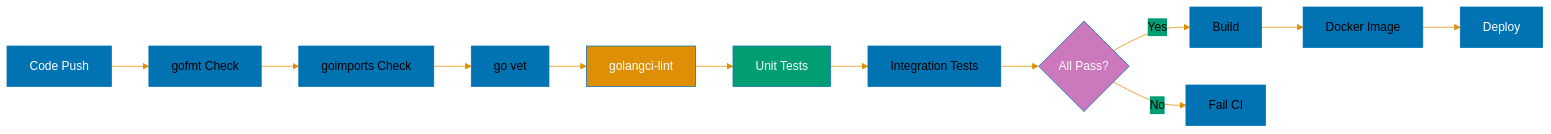
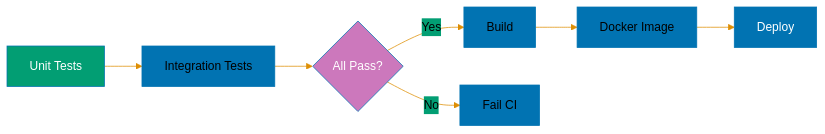
The sixth of 7 diagrams in docs/explanation/software-engineering/programming-languages/golang/code-quality-standards.md (wahidyankf/open-sharia-enterprise), drawn with Mermaid before and after one commit. The commit also changed other lines of this file and 11 other files, not shown here.

First line of the commit message:
fix(docs): fix mermaid violations in golang docs

````diff
--- a/docs/explanation/software-engineering/programming-languages/golang/code-quality-standards.md
+++ b/docs/explanation/software-engineering/programming-languages/golang/code-quality-standards.md
@@ -1416,23 +1424,14 @@
 ```mermaid
 %%{init: {'theme':'base', 'themeVariables': { 'primaryColor':'#0173B2','primaryTextColor':'#000','primaryBorderColor':'#0173B2','lineColor':'#DE8F05','secondaryColor':'#029E73','tertiaryColor':'#CC78BC','fontSize':'16px'}}}%%
 flowchart LR
-    A[Code Push] --> B[gofmt Check]
-    B --> C[goimports Check]
-    C --> D[go vet]
-    D --> E[golangci-lint]
-    E --> F[Unit Tests]
-    F --> G[Integration Tests]
+    F[Unit Tests] --> G[Integration Tests]
     G --> H{All Pass?}
-
     H -->|Yes| I[Build]
     H -->|No| J[Fail CI]
-
     I --> K[Docker Image]
     K --> L[Deploy]
 
-    style A fill:#0173B2,color:#fff
-    style E fill:#DE8F05,color:#fff
     style F fill:#029E73,color:#fff
     style H fill:#CC78BC,color:#fff
     style L fill:#0173B2,color:#fff
 ```
````
